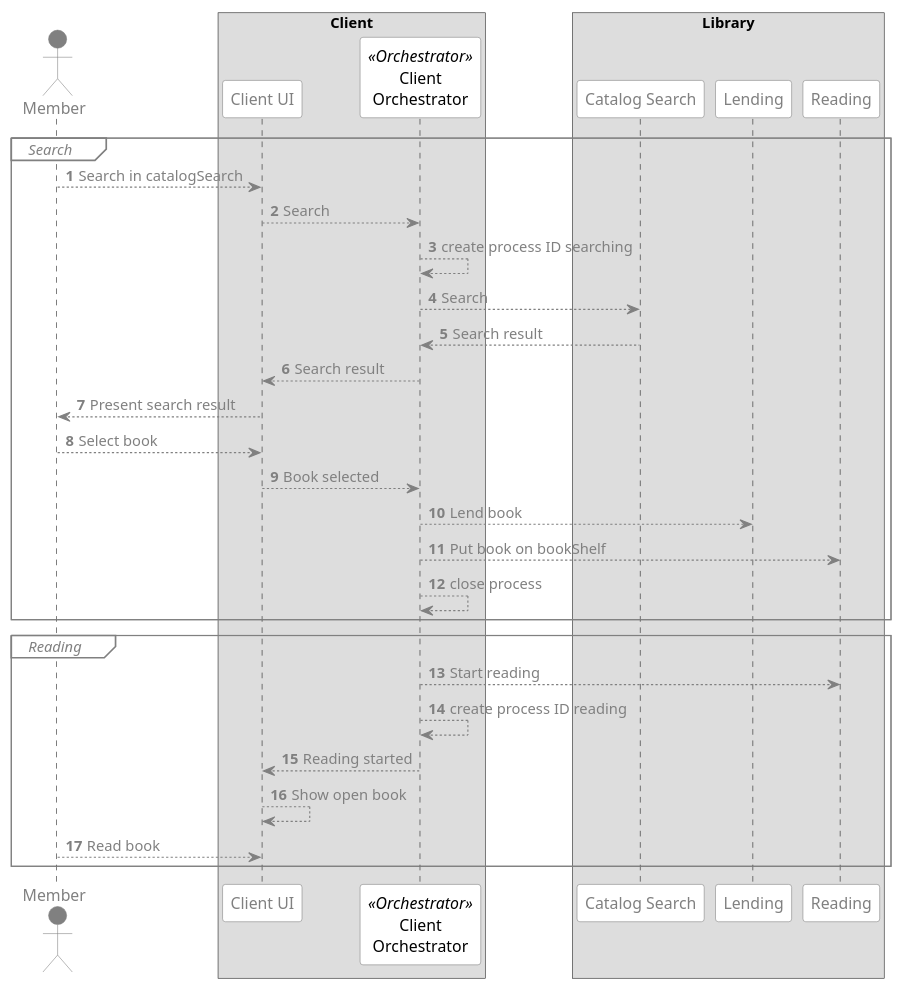
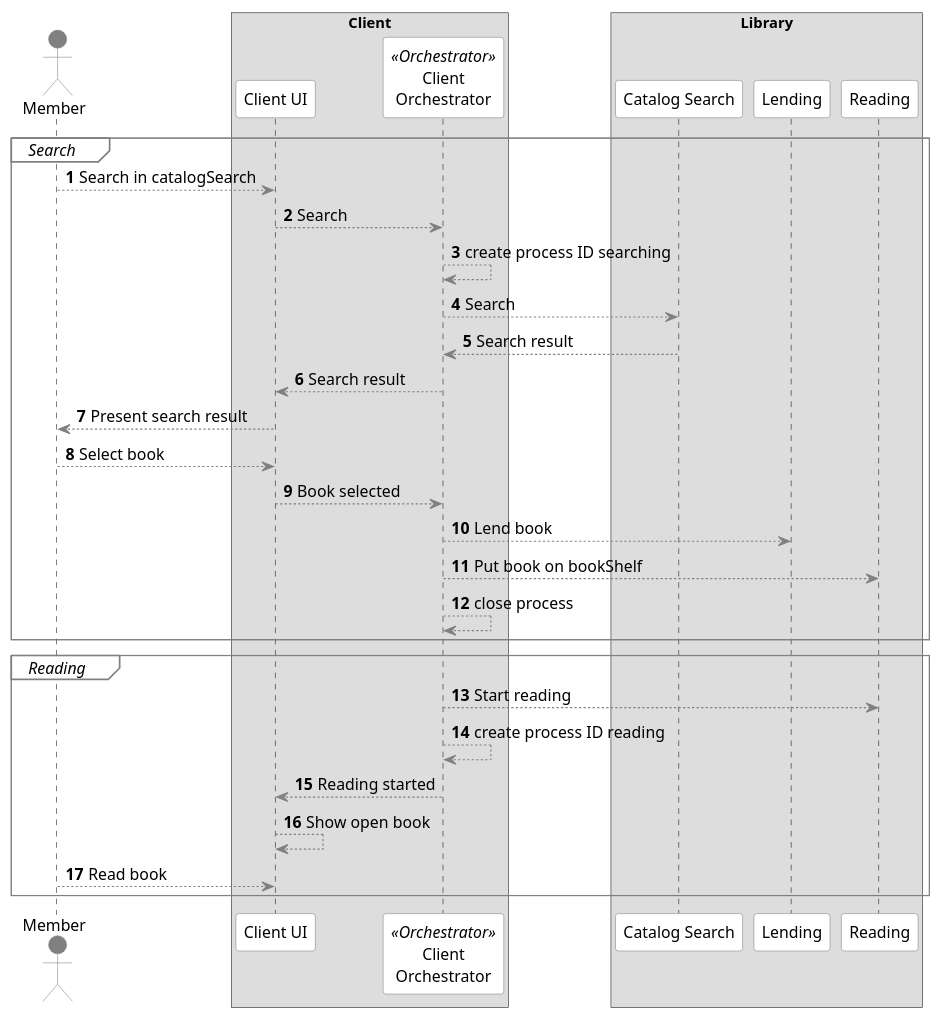
One commit to Grinseteddy/MasteringDdd changed the diagram in TacticalDesign/Library/Orchestrator.puml. Above: the diagram before and after it, drawn with PlantUML. The commit also changed 3 other files, not shown here.

```diff
--- a/TacticalDesign/Library/Orchestrator.puml
+++ b/TacticalDesign/Library/Orchestrator.puml
@@ -1,78 +1,83 @@
 @startuml
 'https://plantuml.com/sequence-diagram
 
 autonumber
 skinparam arrow {
-    fontcolor grey
+    fontcolor black
     color grey
+    fontsize 14
 }
 
 skinparam participant {
     backgroundcolor white
-    fontcolor grey
+    fontcolor black
+    fontsize 14
     bordercolor grey
 
     fontcolor<<Orchestrator>> black
 }
 
 skinparam actor {
     backgroundcolor grey
-    fontcolor grey
+    fontcolor black
+    fontsize 14
     bordercolor grey
 }
 
 <style>
 sequenceDiagram {
   group {
     FontStyle italic
     LineThickness 1
     LineColor grey
+    fontsize 14
   }
   groupHeader {
     FontStyle italic
-    FontColor grey
+    FontColor black
     BackGroundColor white
     LineColor grey
+    fontsize 14
   }
 }
 </style>
 
 actor "Member" as member
 
 box Client
 participant "Client UI" as clientUi
 participant "Client\nOrchestrator" as clientOrchestrator <<Orchestrator>>
 
 box Library
 participant "Catalog Search" as catalogSearch
 participant "Lending" as lending
 participant "Reading" as reading
 
 group Search
 member --> clientUi : Search in catalogSearch
 clientUi --> clientOrchestrator : Search
 clientOrchestrator --> clientOrchestrator : create process ID searching
 clientOrchestrator --> catalogSearch : Search
 
 catalogSearch --> clientOrchestrator : Search result
 clientOrchestrator --> clientUi : Search result
 clientUi --> member : Present search result
 
 member --> clientUi : Select book
 clientUi --> clientOrchestrator : Book selected
 clientOrchestrator --> lending : Lend book
 clientOrchestrator --> reading : Put book on bookShelf
 clientOrchestrator --> clientOrchestrator: close process
 end group
 group Reading
 clientOrchestrator --> reading : Start reading
 clientOrchestrator --> clientOrchestrator: create process ID reading
 clientOrchestrator --> clientUi : Reading started
 clientUi --> clientUi : Show open book
 member --> clientUi : Read book
 end group
 
 
 
 
 @enduml
```
